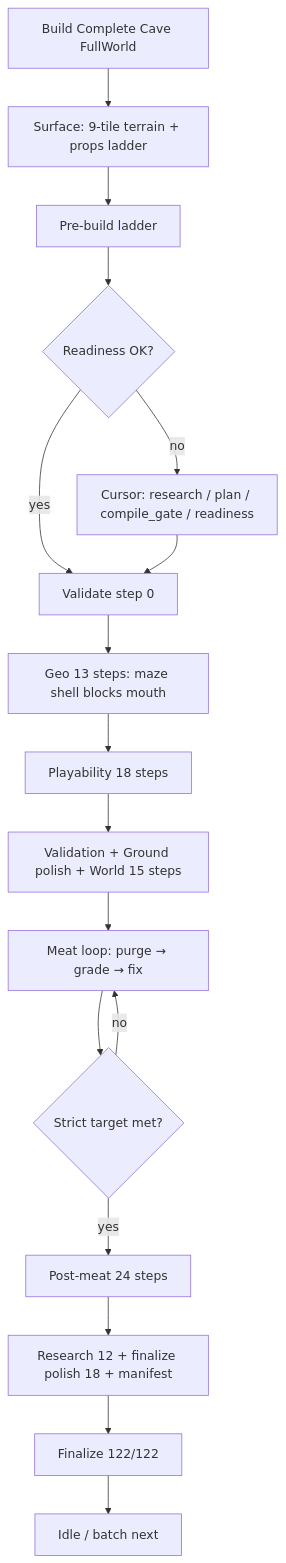
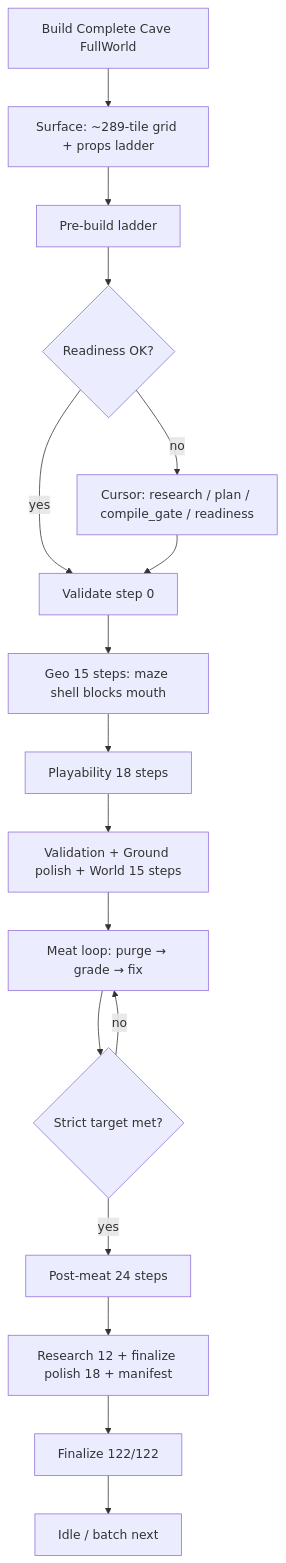
Before and after one commit to JacobForges/environment-authoring-kit: the diagram in Packages/com.cursor.environment-authoring-kit/docs/AAA-PROCEDURAL-CAVE-PIPELINE.md, drawn with Mermaid. The commit also changed other lines of this file and 596 other files, not shown here.

````diff
--- a/Packages/com.cursor.environment-authoring-kit/docs/AAA-PROCEDURAL-CAVE-PIPELINE.md
+++ b/Packages/com.cursor.environment-authoring-kit/docs/AAA-PROCEDURAL-CAVE-PIPELINE.md
@@ -39,19 +40,19 @@
 ```mermaid
 flowchart TD
-  A[Build Complete Cave FullWorld] --> S[Surface: 9-tile terrain + props ladder]
+  A[Build Complete Cave FullWorld] --> S[Surface: ~289-tile grid + props ladder]
   S --> B[Pre-build ladder]
   B --> C{Readiness OK?}
   C -->|no| D[Cursor: research / plan / compile_gate / readiness]
   C -->|yes| V[Validate step 0]
   D --> V
-  V --> E[Geo 13 steps: maze shell blocks mouth]
+  V --> E[Geo 15 steps: maze shell blocks mouth]
   E --> F[Playability 18 steps]
   F --> G[Validation + Ground polish + World 15 steps]
   G --> H[Meat loop: purge → grade → fix]
   H --> I{Strict target met?}
   I -->|no| H
   I -->|yes| J[Post-meat 24 steps]
   J --> R[Research 12 + finalize polish 18 + manifest]
   R --> K[Finalize 122/122]
   K --> L[Idle / batch next]
 ```
````
